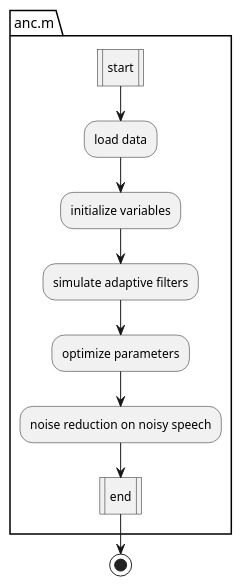
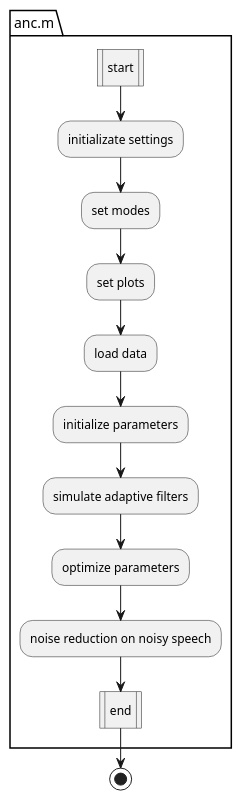
One commit to Aketirani/active-noise-cancellation changed the diagram in flowchart.wsd. Above: the diagram before and after it, drawn with PlantUML. The commit also changed 1 other file, not shown here.

```diff
--- a/flowchart.wsd
+++ b/flowchart.wsd
@@ -1,13 +1,16 @@
 @startuml Pipeline Flowchart
 |ANC|
 package "anc.m" {
     :start|
+    :initializate settings;
+    :set modes;
+    :set plots;
     :load data;
-    :initialize variables;
+    :initialize parameters;
     :simulate adaptive filters;
     :optimize parameters;
     :noise reduction on noisy speech;
     :end|
 }
 stop
 @enduml
```
